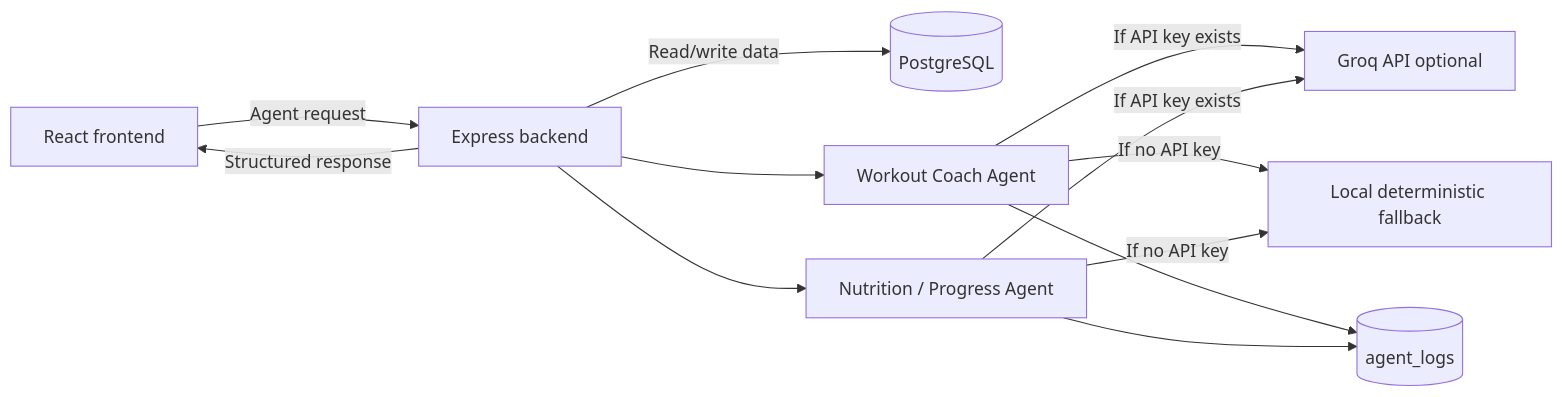
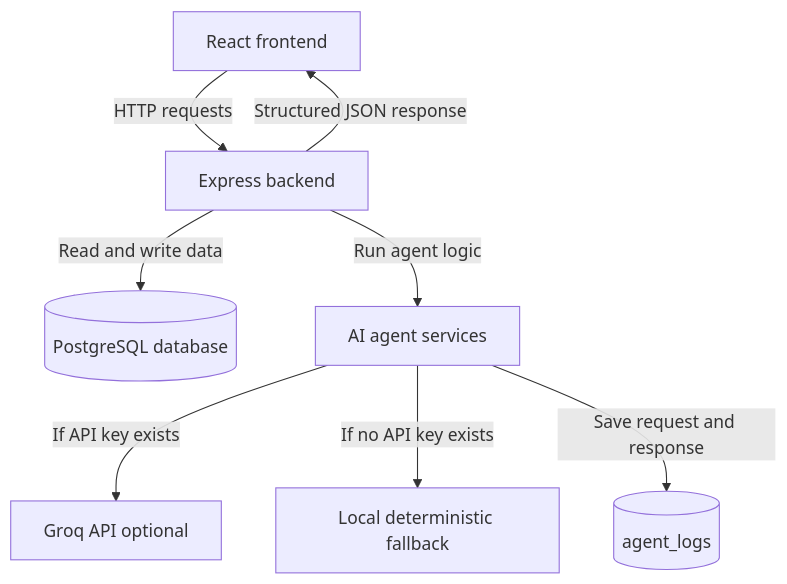
The third of 3 diagrams in docs/diagrams/ai-agent-workflow.md (Robertone22/Test-SmartCoach), drawn with Mermaid before and after one commit. The commit also changed other lines of this file and 1 other file, not shown here.

Commit message:
docs: simplify AI workflow and backend architecture diagrams

````diff
--- a/docs/diagrams/ai-agent-workflow.md
+++ b/docs/diagrams/ai-agent-workflow.md
@@ -182,28 +213,20 @@
 ```mermaid
-flowchart LR
-    FE["React frontend"]
-    API["Express backend"]
-    DB[("PostgreSQL")]
-    A1["Workout Coach Agent"]
-    A2["Nutrition / Progress Agent"]
-    GROQ["Groq API optional"]
-    FB["Local deterministic fallback"]
-    LOGS[("agent_logs")]
+flowchart TD
+    Frontend["React frontend"]
+    Backend["Express backend"]
+    Database[("PostgreSQL database")]
+    Agents["AI agent services"]
+    Groq["Groq API optional"]
+    Fallback["Local deterministic fallback"]
+    Logs[("agent_logs")]
 
-    FE -->|"Agent request"| API
-    API -->|"Read/write data"| DB
+    Frontend -->|"HTTP requests"| Backend
+    Backend -->|"Read and write data"| Database
+    Backend -->|"Run agent logic"| Agents
 
-    API --> A1
-    API --> A2
+    Agents -->|"If API key exists"| Groq
+    Agents -->|"If no API key exists"| Fallback
 
-    A1 -->|"If API key exists"| GROQ
-    A2 -->|"If API key exists"| GROQ
-
-    A1 -->|"If no API key"| FB
-    A2 -->|"If no API key"| FB
-
-    A1 --> LOGS
-    A2 --> LOGS
-
-    API -->|"Structured response"| FE
+    Agents -->|"Save request and response"| Logs
+    Backend -->|"Structured JSON response"| Frontend
 ```
````
